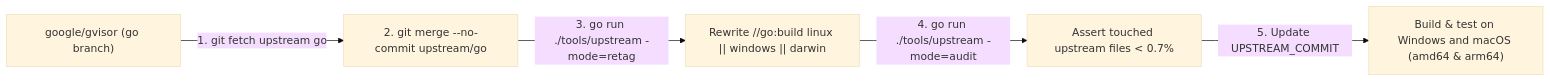
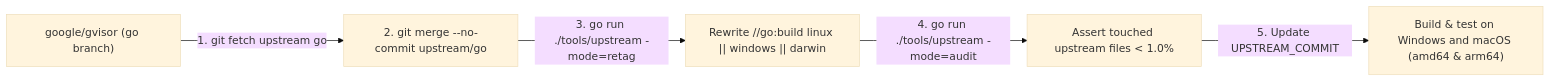
One commit to antegral/containerd-shim-gvx changed the second of 8 diagrams in docs/architecture.md. Above: the diagram before and after it, drawn with Mermaid (base theme). The commit also changed other lines of this file and 17 other files, not shown here.

````diff
--- a/docs/architecture.md
+++ b/docs/architecture.md
@@ -204,7 +204,7 @@
 ```mermaid
 flowchart LR
     Upstream["google/gvisor (go branch)"] -->|"1. git fetch upstream go"| Merge["2. git merge --no-commit upstream/go"]
     Merge -->|"3. go run ./tools/upstream -mode=retag"| Retag["Rewrite //go:build linux || windows || darwin"]
-    Retag -->|"4. go run ./tools/upstream -mode=audit"| Audit["Assert touched upstream files < 0.7%"]
+    Retag -->|"4. go run ./tools/upstream -mode=audit"| Audit["Assert touched upstream files < 1.0%"]
     Audit -->|"5. Update UPSTREAM_COMMIT"| Verify["Build & test on Windows and macOS (amd64 & arm64)"]
 ```
````
